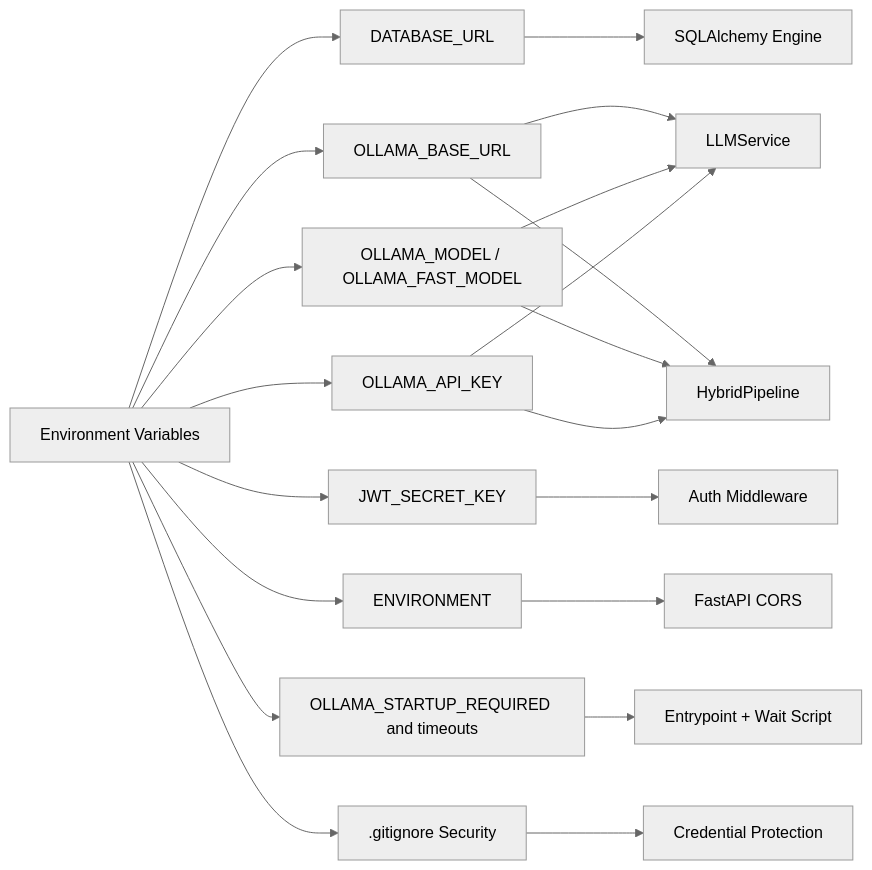
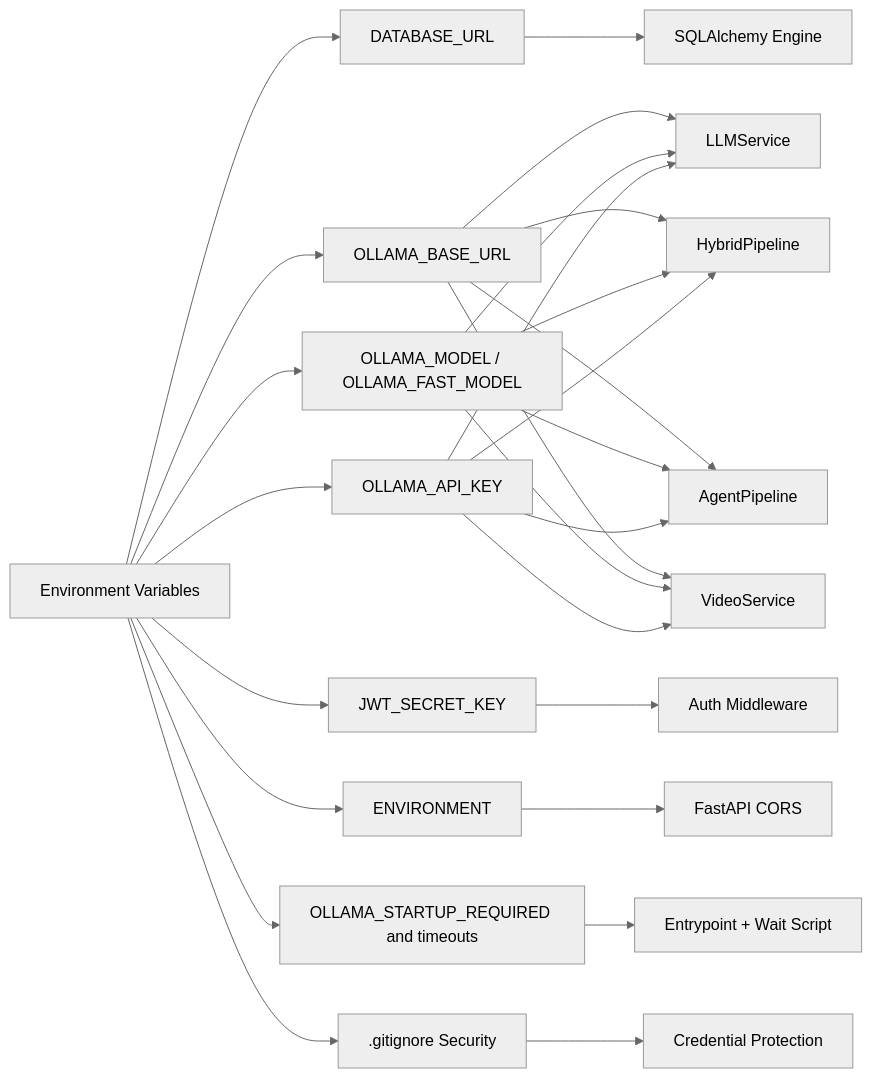
One commit to Revanththetalogics/aireume changed the fourth of 4 diagrams in .qoder/repowiki/en/content/Configuration Management.md. Above: the diagram before and after it, drawn with Mermaid (neutral theme). The commit also changed other lines of this file and 14 other files, not shown here.

````diff
--- a/.qoder/repowiki/en/content/Configuration Management.md
+++ b/.qoder/repowiki/en/content/Configuration Management.md
@@ -598,22 +631,28 @@
 ```mermaid
 graph LR
 ENV["Environment Variables"] --> DBURL["DATABASE_URL"]
 ENV --> OLLBASE["OLLAMA_BASE_URL"]
 ENV --> OLLMODEL["OLLAMA_MODEL / OLLAMA_FAST_MODEL"]
 ENV --> OLLAPI["OLLAMA_API_KEY"]
 ENV --> JWT["JWT_SECRET_KEY"]
 ENV --> CORS["ENVIRONMENT"]
 ENV --> STARTGATE["OLLAMA_STARTUP_REQUIRED and timeouts"]
 ENV --> GITIGNORE[".gitignore Security"]
 DBURL --> DBEngine["SQLAlchemy Engine"]
 OLLBASE --> LLM["LLMService"]
 OLLBASE --> HYBRID["HybridPipeline"]
+OLLBASE --> AGENT["AgentPipeline"]
+OLLBASE --> VIDEO["VideoService"]
 OLLMODEL --> LLM
 OLLMODEL --> HYBRID
+OLLMODEL --> AGENT
+OLLMODEL --> VIDEO
 OLLAPI --> LLM
 OLLAPI --> HYBRID
+OLLAPI --> AGENT
+OLLAPI --> VIDEO
 JWT --> AUTH["Auth Middleware"]
 CORS --> FASTAPI["FastAPI CORS"]
 STARTGATE --> ENTRY["Entrypoint + Wait Script"]
 GITIGNORE --> SECURITY["Credential Protection"]
 ```
````
